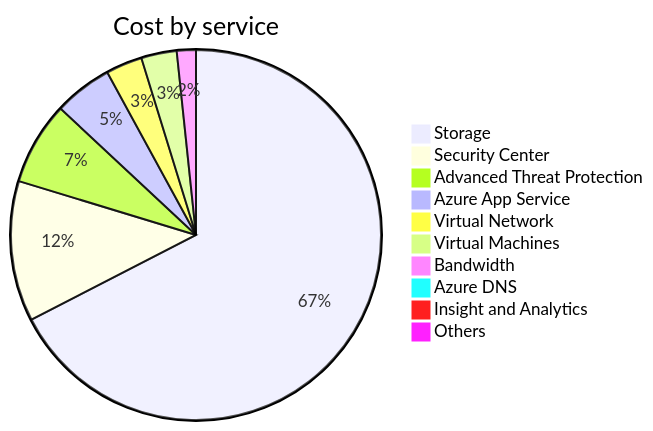
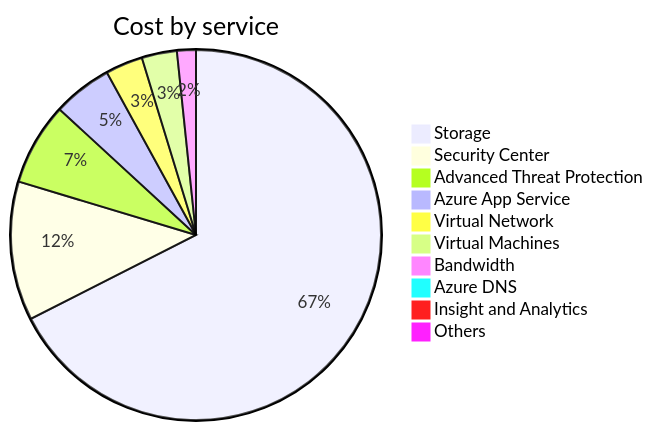
One commit to jpfulton/azure-personal-reports changed the second of 4 diagrams in cost-reports/accumulated-cost.md. Above: the diagram before and after it, drawn with Mermaid. The commit also changed other lines of this file and 34 other files, not shown here.

````diff
--- a/cost-reports/accumulated-cost.md
+++ b/cost-reports/accumulated-cost.md
@@ -102,14 +102,14 @@
 ```mermaid
 pie
    title Cost by service
-   "Storage" : 108.85
+   "Storage" : 110.05
    "Security Center" : 19.78
-   "Advanced Threat Protection" : 11.70
-   "Azure App Service" : 8.23
-   "Virtual Network" : 5.14
+   "Advanced Threat Protection" : 11.71
+   "Azure App Service" : 8.43
+   "Virtual Network" : 5.32
    "Virtual Machines" : 5.00
    "Bandwidth" : 2.69
-   "Azure DNS" : 0.68
+   "Azure DNS" : 0.70
    "Insight and Analytics" : 0.00
    "Others" : 0.00
 ```
````
